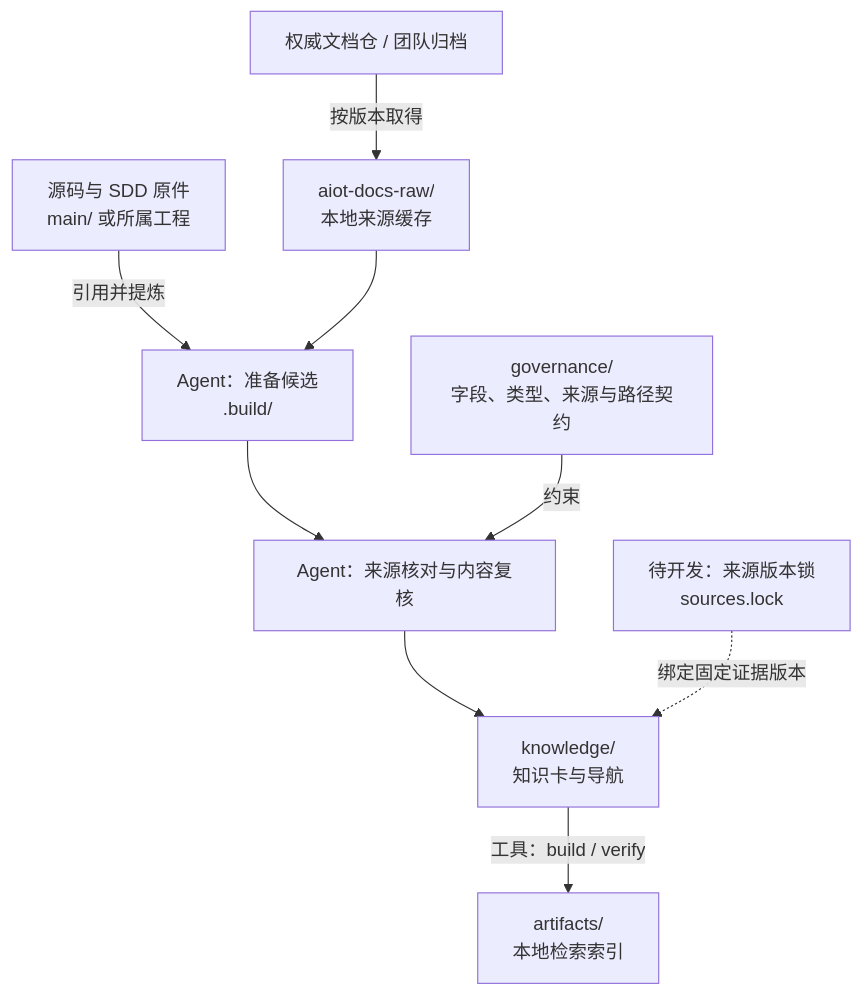
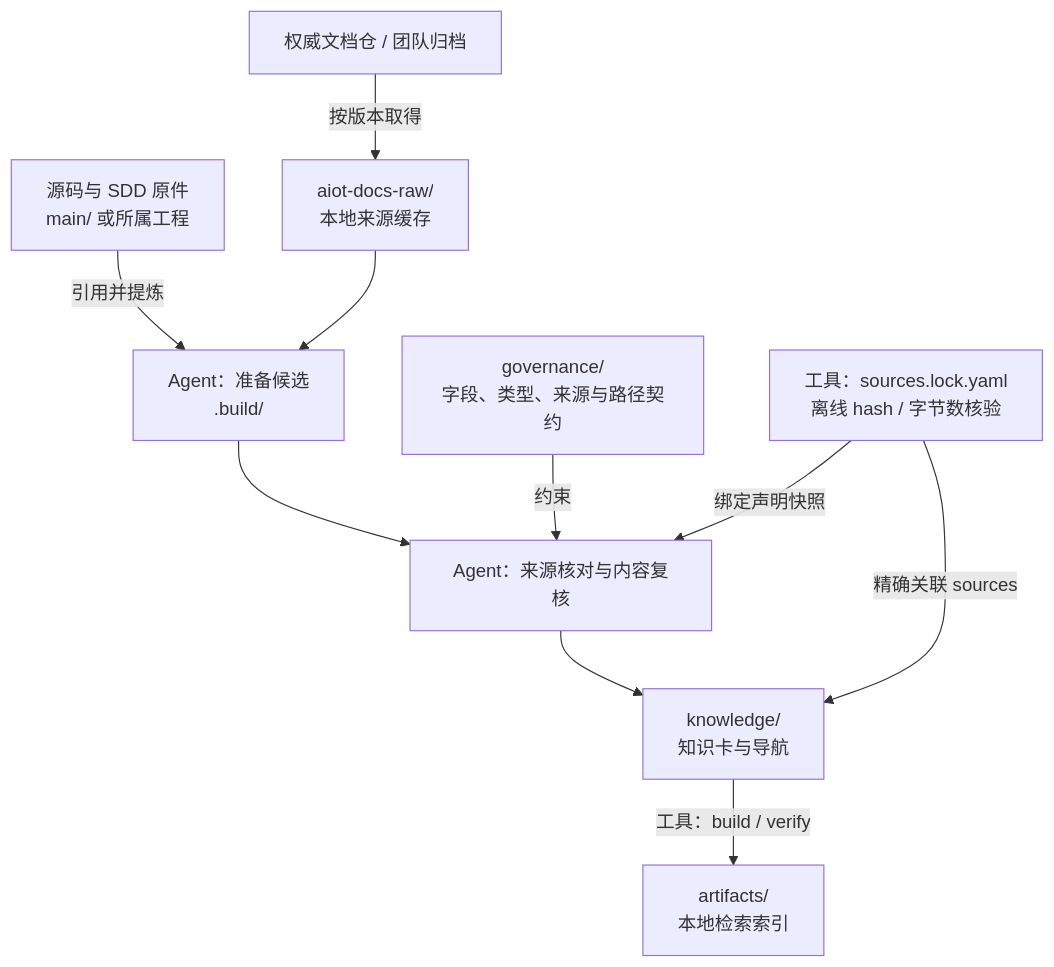
Before and after one commit to Robin-hhc/FactumCore: the first of 3 diagrams in docs/架构设计.md, drawn with Mermaid. The commit also changed other lines of this file, not shown here.

Commit message:
Sync architecture with implemented source integrity governance

````diff
--- a/docs/架构设计.md
+++ b/docs/架构设计.md
@@ -96,13 +96,14 @@
 ```mermaid
 flowchart TD
     D["权威文档仓 / 团队归档"] -->|按版本取得| R["aiot-docs-raw/<br/>本地来源缓存"]
     M["源码与 SDD 原件<br/>main/ 或所属工程"] -->|引用并提炼| B["Agent：准备候选<br/>.build/"]
     R --> B
 
     B --> V["Agent：来源核对与内容复核"]
     G["governance/<br/>字段、类型、来源与路径契约"] -->|约束| V
     V --> K["knowledge/<br/>知识卡与导航"]
     K -->|工具：build / verify| I["artifacts/<br/>本地检索索引"]
 
-    F["待开发：来源版本锁<br/>sources.lock"] -.->|绑定固定证据版本| K
+    F["工具：sources.lock.yaml<br/>离线 hash / 字节数核验"] -->|绑定声明快照| V
+    F -->|精确关联 sources| K
 ```
````
